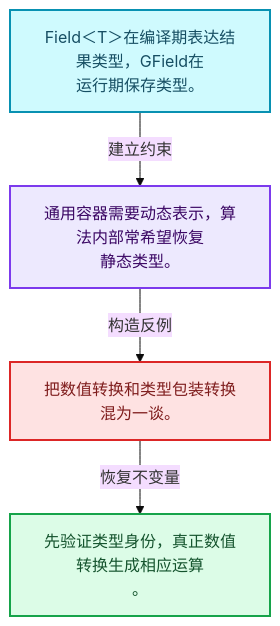
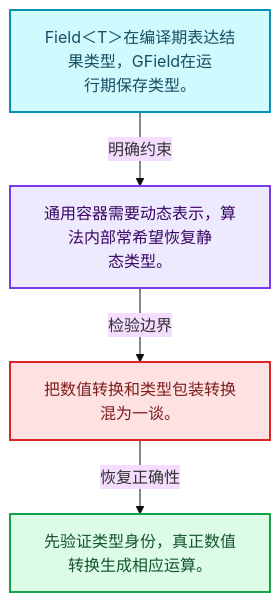
The first of 4 diagrams in 杂/markdown/全面学习-codex/08-Field表达式与求值/03-Field类型接口.md (yunkezengren/blender-.vscode), drawn with Mermaid (base theme) before and after one commit. The commit also changed other lines of this file and 1930 other files, not shown here.

````diff
--- a/杂/markdown/全面学习-codex/08-Field表达式与求值/03-Field类型接口.md
+++ b/杂/markdown/全面学习-codex/08-Field表达式与求值/03-Field类型接口.md
@@ -29,16 +29,16 @@
 ```mermaid
 flowchart TB
-  M["Field＜T＞在编译期表达结果类型，GField在<br/>运行期保存类型。"]:::data
-  T["通用容器需要动态表示，算法内部常希望恢复<br/>静态类型。"]:::abstraction
-  X["把数值转换和类型包装转换混为一谈。"]:::error
-  A["先验证类型身份，真正数值转换生成相应运算<br/>。"]:::result
-  M -->|"建立约束"| T
-  T -->|"构造反例"| X
-  X -->|"恢复不变量"| A
+  M["Field＜T＞在编译期表达结果类型，GField在运<br/>行期保存类型。"]:::data
+  C["通用容器需要动态表示，算法内部常希望恢复静<br/>态类型。"]:::abstraction
+  B["把数值转换和类型包装转换混为一谈。"]:::error
+  R["先验证类型身份，真正数值转换生成相应运算。"]:::result
+  M -->|"明确约束"| C
+  C -->|"检验边界"| B
+  B -->|"恢复正确性"| R
   classDef input fill:#DBEAFE,stroke:#2563EB,color:#172554,stroke-width:2px;
   classDef data fill:#CFFAFE,stroke:#0891B2,color:#164E63,stroke-width:2px;
   classDef abstraction fill:#EDE9FE,stroke:#7C3AED,color:#3B0764,stroke-width:2px;
   classDef compute fill:#FEF3C7,stroke:#D97706,color:#78350F,stroke-width:2px;
   classDef result fill:#DCFCE7,stroke:#16A34A,color:#14532D,stroke-width:2px;
   classDef error fill:#FEE2E2,stroke:#DC2626,color:#7F1D1D,stroke-width:2px;
 ```
````
